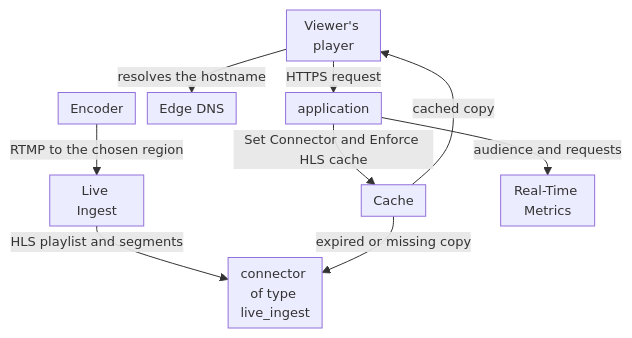
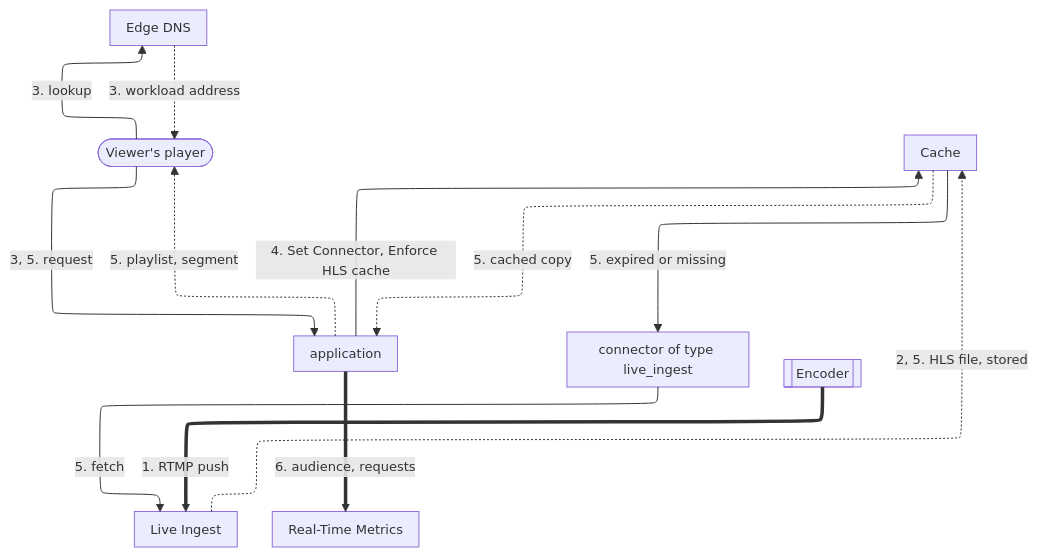
One commit to aziontech/docs changed the diagram in apps/docs/src/content/docs/en/pages/architectures/live-streaming/live-streaming-delivery-hls.mdx. Above: the diagram before and after it, drawn with Mermaid. The commit also changed other lines of this file and 179 other files, not shown here.

Commit message:
docs(diagrams): redraw every other diagram in the use-case diagram style (#2513)

````diff
--- a/apps/docs/src/content/docs/en/pages/architectures/live-streaming/live-streaming-delivery-hls.mdx
+++ b/apps/docs/src/content/docs/en/pages/architectures/live-streaming/live-streaming-delivery-hls.mdx
@@ -18,12 +20,23 @@
 ```mermaid
-%%{init: {"layout": "dagre", "themeVariables": {"fontSize": "13px"}, "flowchart": {"nodeSpacing": 12, "rankSpacing": 12, "padding": 6, "wrappingWidth": 70, "minNodeWidth": 40, "useMaxWidth": true}}}%%
+%%{init: {"layout": "elk", "elk": {"cycleBreakingStrategy": "MODEL_ORDER"}, "themeVariables": {"fontSize": "13px"}, "flowchart": {"nodeSpacing": 24, "rankSpacing": 36, "padding": 8, "wrappingWidth": 150, "useMaxWidth": true}, "sequence": {"width": 120, "actorMargin": 30, "useMaxWidth": true}}}%%
 flowchart TD
-  Encoder["Encoder"] -->|"RTMP to the chosen region"| LI["Live Ingest"]
-  LI -->|"HLS playlist and segments"| Connector["connector of type live_ingest"]
-  Viewer["Viewer's player"] -->|"resolves the hostname"| DNS["Edge DNS"]
-  Viewer -->|"HTTPS request"| App["application"]
-  App -->|"Set Connector and Enforce HLS cache"| Cache["Cache"]
-  Cache -->|"expired or missing copy"| Connector
-  Cache -->|"cached copy"| Viewer
-  App -->|"audience and requests"| RTM["Real-Time Metrics"]
+  Viewer(["Viewer's player"])
+  DNS["Edge DNS"]
+  App["application"]
+  Cache["Cache"]
+  Connector["connector of type live_ingest"]
+  LI["Live Ingest"]
+  Encoder[["Encoder"]]
+  RTM["Real-Time Metrics"]
+  Viewer -->|"3. lookup"| DNS
+  Viewer -->|"3, 5. request"| App
+  App -->|"4. Set Connector, Enforce HLS cache"| Cache
+  Cache -->|"5. expired or missing"| Connector
+  Connector -->|"5. fetch"| LI
+  DNS -.->|"3. workload address"| Viewer
+  LI -.->|"2, 5. HLS file, stored"| Cache
+  Cache -.->|"5. cached copy"| App
+  App -.->|"5. playlist, segment"| Viewer
+  Encoder ==>|"1. RTMP push"| LI
+  App ==>|"6. audience, requests"| RTM
 ```
````
